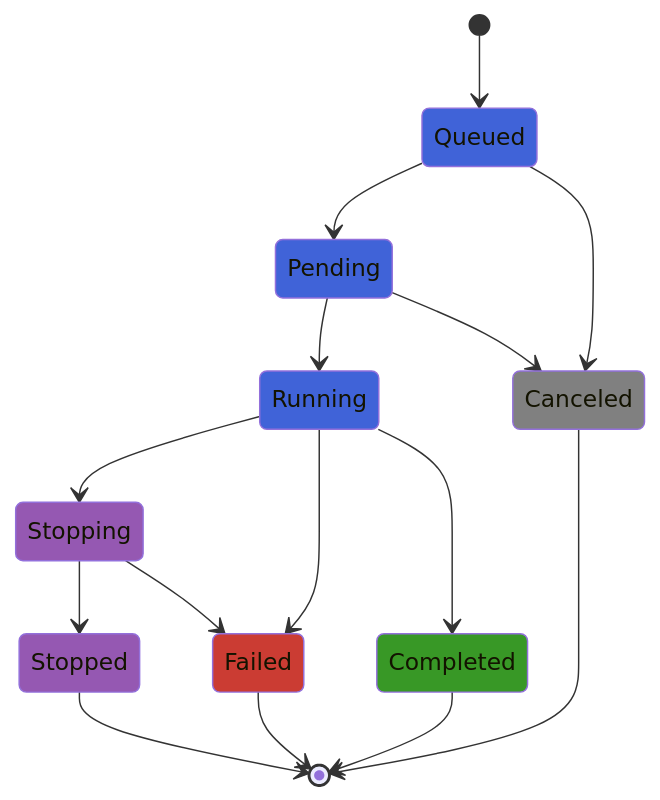
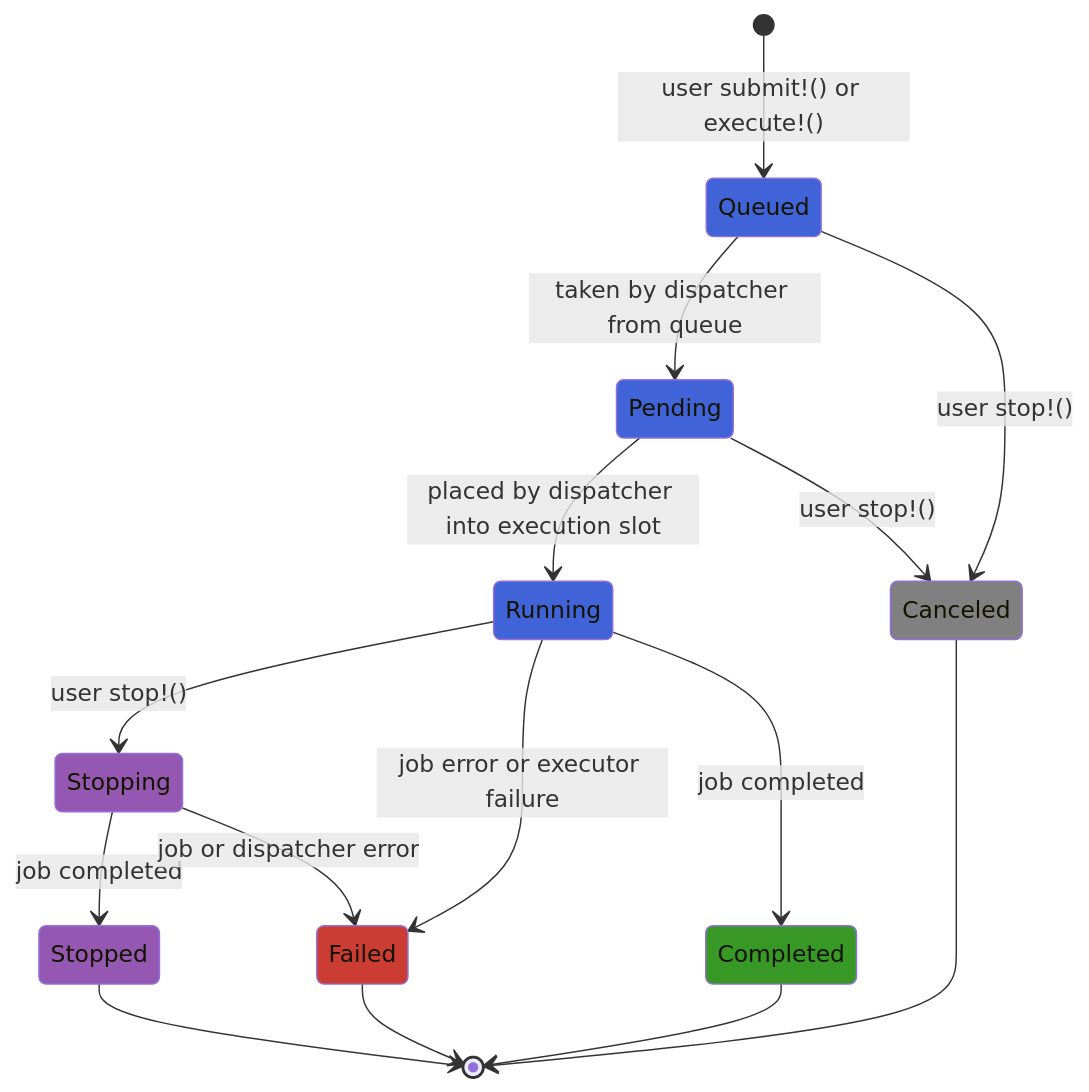
The diagram in README.md (andreykochegura/JackBaboon.jl), drawn with Mermaid before and after one commit. The commit also changed other lines of this file and 10 other files, not shown here.

````diff
--- a/README.md
+++ b/README.md
@@ -64,35 +94,35 @@
 ```mermaid
     stateDiagram-v2
     classDef queued fill:#4063D8
     classDef pending fill:#4063D8
     classDef running fill:#4063D8
     classDef completed fill:#389826
     classDef failed fill:#CB3C33
     classDef stopping fill:#9558B2
     classDef stopped fill:#9558B2
     classDef canceled fill:grey
 
     class Queued queued
     class Pending pending
     class Running running
     class Completed completed
     class Failed failed
     class Stopping stopping
     class Stopped stopped
     class Canceled canceled
 
-    [*] --> Queued
-    Queued --> Pending
-    Queued --> Canceled
-    Pending --> Running
-    Pending --> Canceled
-    Running --> Stopping
-    Running --> Failed
-    Running --> Completed
-    Stopping --> Stopped
-    Stopping --> Failed
+    [*] --> Queued: user submit!() or execute!()
+    Queued --> Pending: taken by dispatcher from queue
+    Queued --> Canceled: user stop!()
+    Pending --> Running: placed by dispatcher into execution slot
+    Pending --> Canceled: user stop!()
+    Running --> Stopping: user stop!()
+    Running --> Failed: job error or executor failure
+    Running --> Completed: job completed
+    Stopping --> Stopped: job completed
+    Stopping --> Failed: job or dispatcher error
     Stopped --> [*]
     Canceled --> [*]
     Completed --> [*]
     Failed --> [*]
 ```
````
